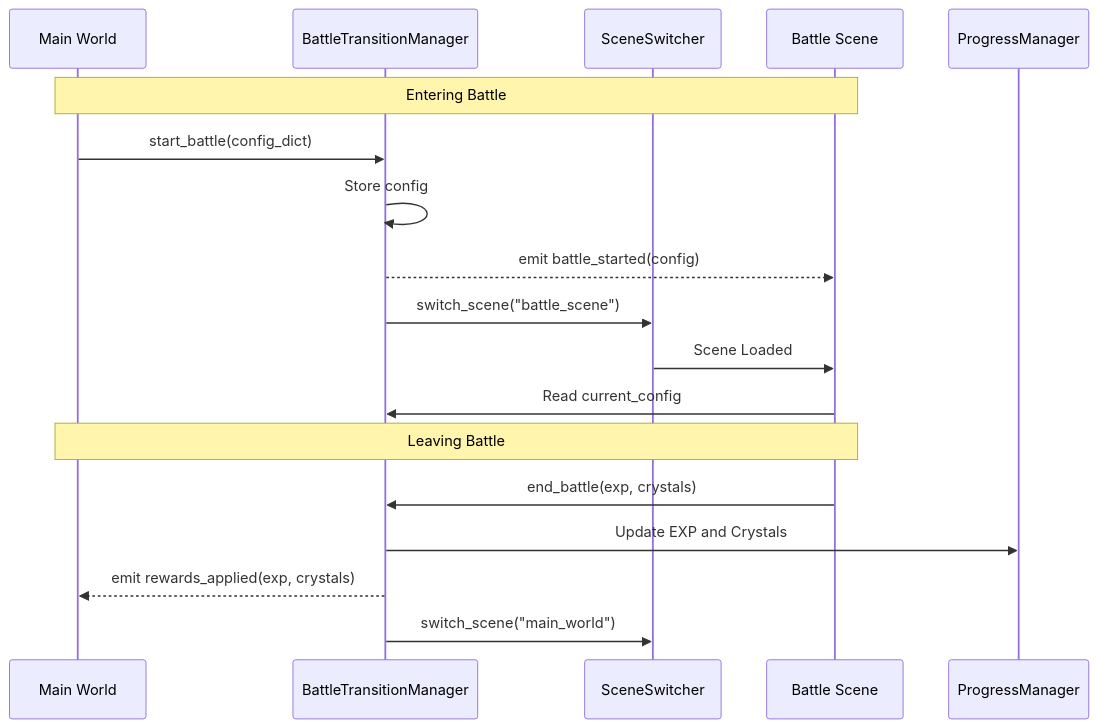
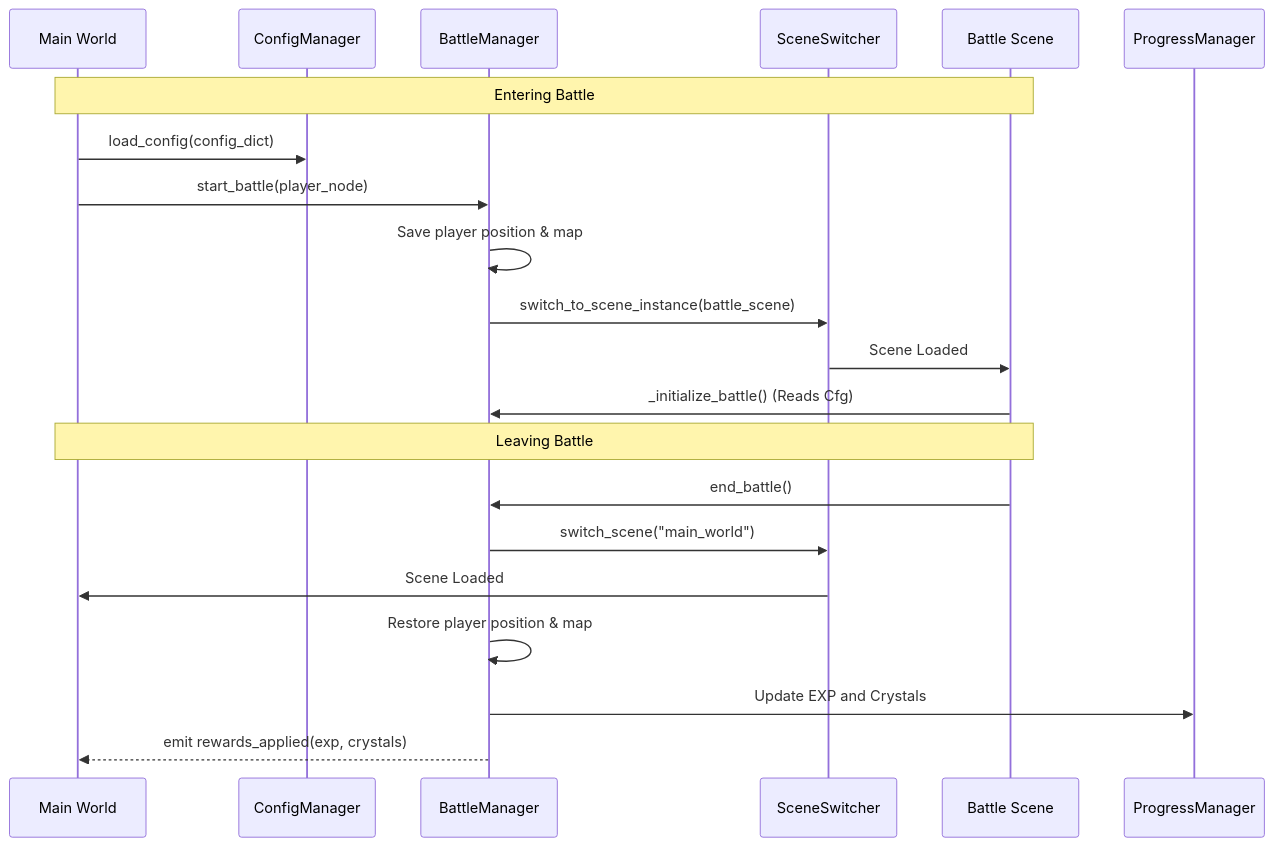
Before and after one commit to iamkuo/project_terminus: the third of 6 diagrams in docs/ARCHITECTURE.md, drawn with Mermaid. The commit also changed other lines of this file and 6 other files, not shown here.

Commit message:
docs: add comprehensive project documentation and update README for architecture and development reference

````diff
--- a/docs/ARCHITECTURE.md
+++ b/docs/ARCHITECTURE.md
@@ -79,22 +82,25 @@
 ```mermaid
 sequenceDiagram
     participant World as Main World
-    participant BTM as BattleTransitionManager
+    participant Cfg as ConfigManager
+    participant BM as BattleManager
     participant SS as SceneSwitcher
     participant Battle as Battle Scene
     participant PM as ProgressManager
     
     Note over World, Battle: Entering Battle
-    World->>BTM: start_battle(config_dict)
-    BTM->>BTM: Store config
-    BTM-->>Battle: emit battle_started(config)
-    BTM->>SS: switch_scene("battle_scene")
+    World->>Cfg: load_config(config_dict)
+    World->>BM: start_battle(player_node)
+    BM->>BM: Save player position & map
+    BM->>SS: switch_to_scene_instance(battle_scene)
     SS->>Battle: Scene Loaded
-    Battle->>BTM: Read current_config
+    Battle->>BM: _initialize_battle() (Reads Cfg)
     
     Note over World, Battle: Leaving Battle
-    Battle->>BTM: end_battle(exp, crystals)
-    BTM->>PM: Update EXP and Crystals
-    BTM-->>World: emit rewards_applied(exp, crystals)
-    BTM->>SS: switch_scene("main_world")
+    Battle->>BM: end_battle()
+    BM->>SS: switch_scene("main_world")
+    SS->>World: Scene Loaded
+    BM->>BM: Restore player position & map
+    BM->>PM: Update EXP and Crystals
+    BM-->>World: emit rewards_applied(exp, crystals)
 ```
````
